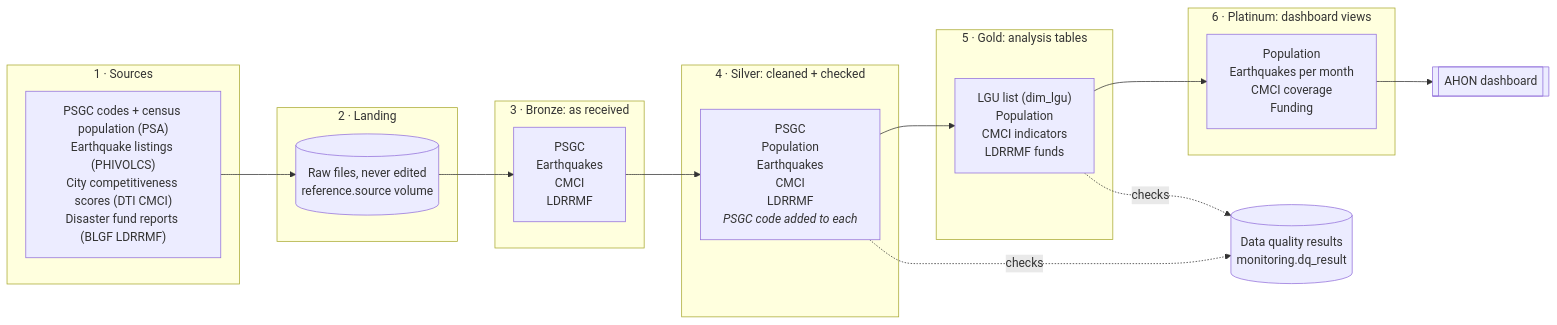
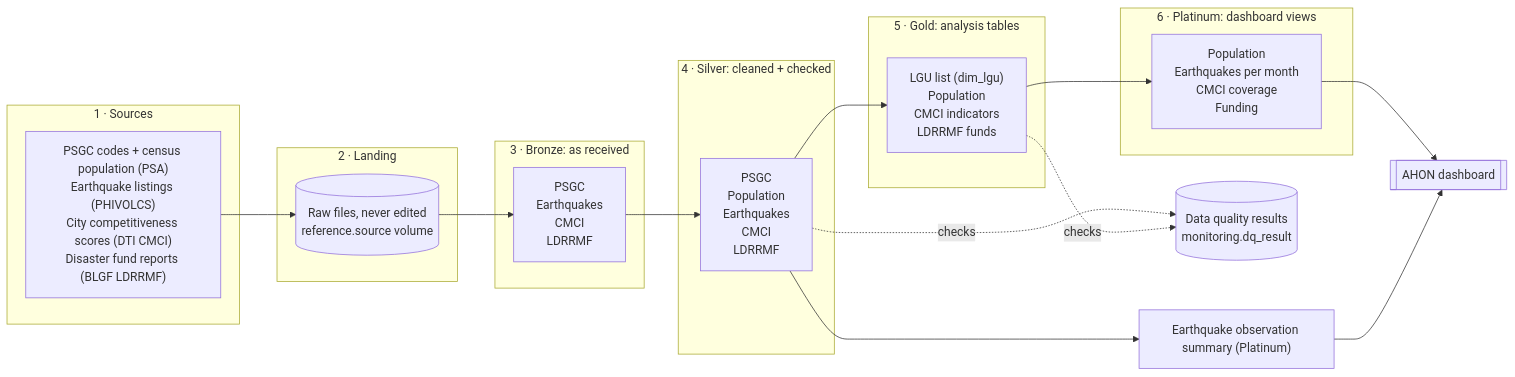
Before and after one commit to Project-AHON/AHON-Pipeline: the diagram in docs/architecture/overview.md, drawn with Mermaid. The commit also changed other lines of this file and 52 other files, not shown here.

````diff
--- a/docs/architecture/overview.md
+++ b/docs/architecture/overview.md
@@ -7,27 +7,29 @@
 ```mermaid
 flowchart LR
   subgraph SRC["1 · Sources"]
     s["PSGC codes + census population (PSA)<br/>Earthquake listings (PHIVOLCS)<br/>City competitiveness scores (DTI CMCI)<br/>Disaster fund reports (BLGF LDRRMF)"]
   end
   subgraph LAND["2 · Landing"]
     l[("Raw files, never edited<br/>reference.source volume")]
   end
   subgraph BRONZE["3 · Bronze: as received"]
     b["PSGC<br/>Earthquakes<br/>CMCI<br/>LDRRMF"]
   end
   subgraph SILVER["4 · Silver: cleaned + checked"]
-    v["PSGC<br/>Population<br/>Earthquakes<br/>CMCI<br/>LDRRMF<br/><i>PSGC code added to each</i>"]
+    v["PSGC<br/>Population<br/>Earthquakes<br/>CMCI<br/>LDRRMF"]
   end
   subgraph GOLD["5 · Gold: analysis tables"]
     g["LGU list (dim_lgu)<br/>Population<br/>CMCI indicators<br/>LDRRMF funds"]
   end
   subgraph PLAT["6 · Platinum: dashboard views"]
     p["Population<br/>Earthquakes per month<br/>CMCI coverage<br/>Funding"]
   end
   DASH[["AHON dashboard"]]
   DQ[("Data quality results<br/>monitoring.dq_result")]
 
   s --> l --> b --> v --> g --> p --> DASH
+  v --> e["Earthquake observation summary (Platinum)"]
+  e --> DASH
   v -. checks .-> DQ
   g -. checks .-> DQ
 ```
````
